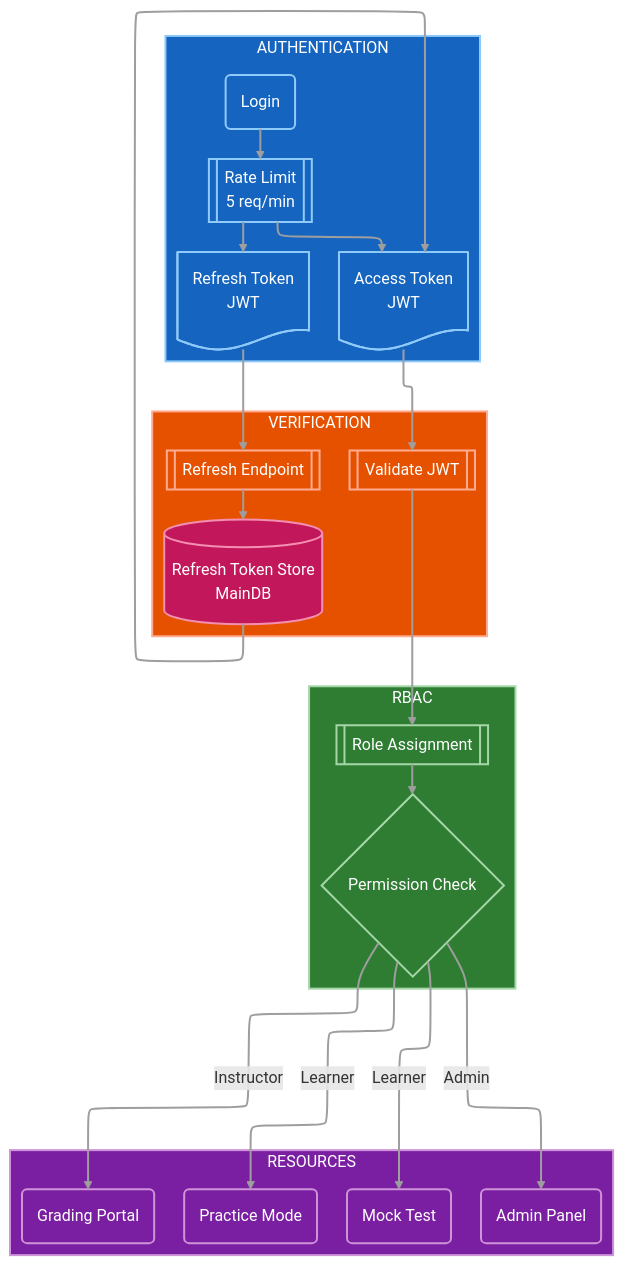
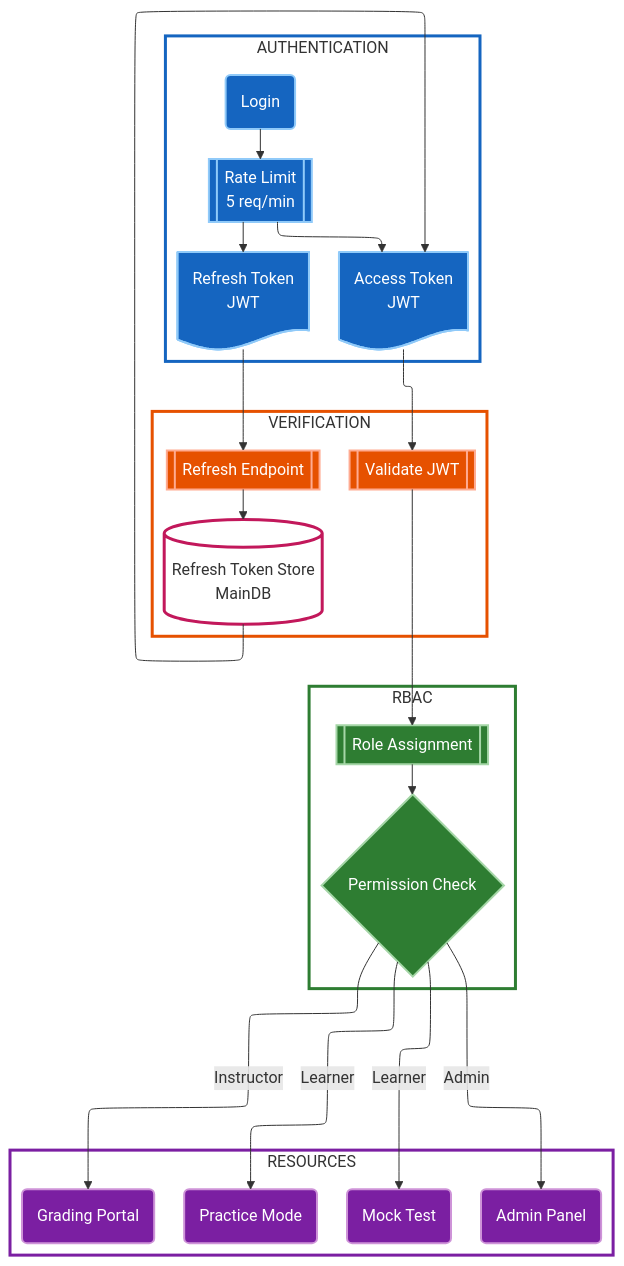
Before and after one commit to nghyane/VSTEP: diagram 11 of 12 in docs/capstone/diagrams/flow-diagrams.vi.md, drawn with Mermaid. The commit also changed other lines of this file, not shown here.

First line of the commit message:
fix(docs): remove unsupported linkStyle syntax causing parse errors

````diff
--- a/docs/capstone/diagrams/flow-diagrams.vi.md
+++ b/docs/capstone/diagrams/flow-diagrams.vi.md
@@ -679,55 +747,65 @@
 ```mermaid
 ---
 config:
   layout: elk
 ---
 flowchart TB
     subgraph Auth["AUTHENTICATION"]
         Login@{ shape: rounded, label: "Login" }
         Rate@{ shape: fr-rect, label: "Rate Limit<br/>5 req/min" }
         Access@{ shape: doc, label: "Access Token<br/>JWT" }
         Refresh@{ shape: doc, label: "Refresh Token<br/>JWT" }
     end
 
     subgraph Verify["VERIFICATION"]
         Validate@{ shape: fr-rect, label: "Validate JWT" }
         RefreshEp@{ shape: fr-rect, label: "Refresh Endpoint" }
         Store@{ shape: cyl, label: "Refresh Token Store<br/>MainDB" }
     end
 
     subgraph RBAC["RBAC"]
         Roles@{ shape: fr-rect, label: "Role Assignment" }
         Check@{ shape: diam, label: "Permission Check" }
     end
 
     subgraph Resources["RESOURCES"]
         direction LR
         Practice@{ shape: rounded, label: "Practice Mode" }
         Mock@{ shape: rounded, label: "Mock Test" }
         Grading@{ shape: rounded, label: "Grading Portal" }
         Admin@{ shape: rounded, label: "Admin Panel" }
     end
 
     Login --> Rate --> Access & Refresh
     Access --> Validate
     Refresh --> RefreshEp --> Store --> Access
     
     Validate --> Roles --> Check
     Check -->|"Learner"| Practice & Mock
     Check -->|"Instructor"| Grading
     Check -->|"Admin"| Admin
 
     classDef auth fill:#1565c0,stroke:#90caf9,stroke-width:2px,color:#fff
     classDef verify fill:#e65100,stroke:#ffab91,stroke-width:2px,color:#fff
     classDef rbac fill:#2e7d32,stroke:#a5d6a7,stroke-width:2px,color:#fff
     classDef resources fill:#7b1fa2,stroke:#ce93d8,stroke-width:2px,color:#fff
     classDef data fill:#c2185b,stroke:#f48fb1,stroke-width:2px,color:#fff
 
-    class Auth,Login,Rate,Access,Refresh auth
-    class Verify,Validate,RefreshEp verify
-    class RBAC,Roles,Check rbac
-    class Resources,Practice,Mock,Grading,Admin resources
-    class Store data
+    classDef authBox fill:none,stroke:#1565c0,stroke-width:3px
+    classDef verifyBox fill:none,stroke:#e65100,stroke-width:3px
+    classDef rbacBox fill:none,stroke:#2e7d32,stroke-width:3px
+    classDef resourcesBox fill:none,stroke:#7b1fa2,stroke-width:3px
+    classDef dataBox fill:none,stroke:#c2185b,stroke-width:3px
 
-    linkStyle default stroke:#9e9e9e,stroke-width:2px
+    class Auth authBox
+    class Verify verifyBox
+    class RBAC rbacBox
+    class Resources resourcesBox
+    class Store dataBox
+
+    class Login,Rate,Access,Refresh auth
+    class Validate,RefreshEp verify
+    class Roles,Check rbac
+    class Practice,Mock,Grading,Admin resources
+
 ```
````
